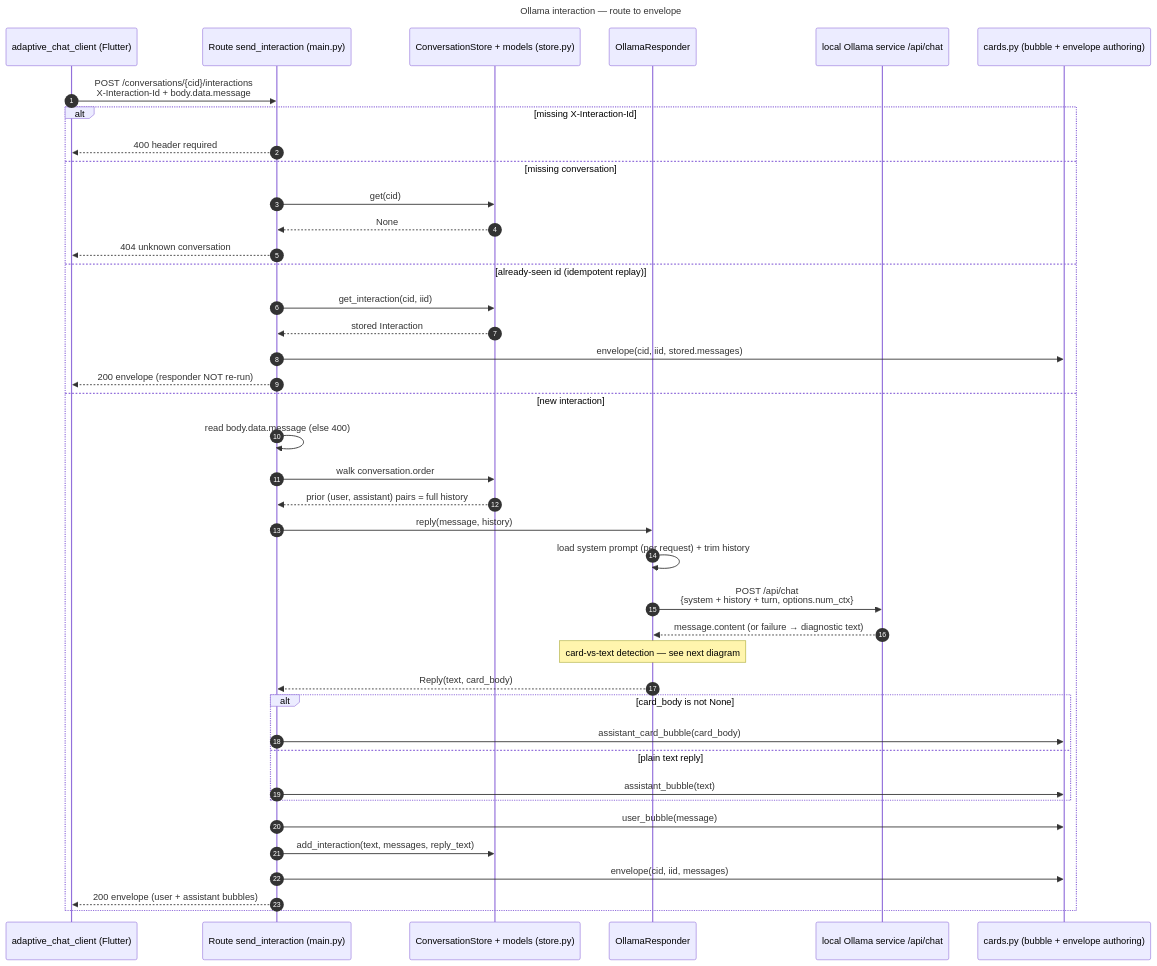
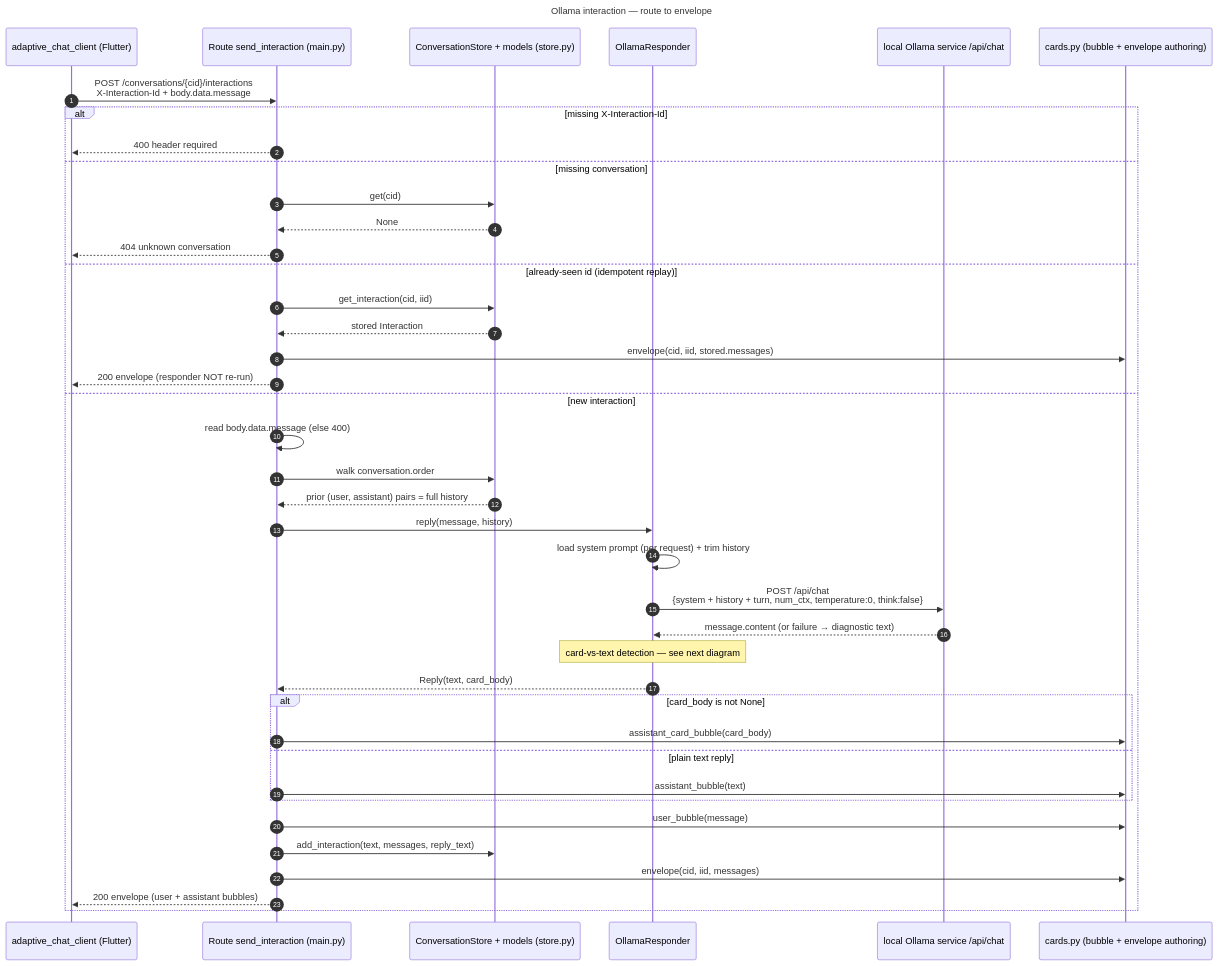
The third of 4 diagrams in adaptive_chat_server/README.md (freemansoft/Flutter-AdaptiveCards), drawn with Mermaid before and after one commit. The commit also changed other lines of this file and 5 other files, not shown here.

````diff
--- a/adaptive_chat_server/README.md
+++ b/adaptive_chat_server/README.md
@@ -233,46 +239,46 @@
 ```mermaid
 ---
 title: "Ollama interaction — route to envelope"
 ---
 sequenceDiagram
     autonumber
     participant C as adaptive_chat_client (Flutter)
     participant R as Route send_interaction (main.py)
     participant S as ConversationStore + models (store.py)
     participant O as OllamaResponder
     participant L as local Ollama service /api/chat
     participant K as cards.py (bubble + envelope authoring)
 
     C->>R: POST /conversations/{cid}/interactions<br/>X-Interaction-Id + body.data.message
     alt missing X-Interaction-Id
         R-->>C: 400 header required
     else missing conversation
         R->>S: get(cid)
         S-->>R: None
         R-->>C: 404 unknown conversation
     else already-seen id (idempotent replay)
         R->>S: get_interaction(cid, iid)
         S-->>R: stored Interaction
         R->>K: envelope(cid, iid, stored.messages)
         R-->>C: 200 envelope (responder NOT re-run)
     else new interaction
         R->>R: read body.data.message (else 400)
         R->>S: walk conversation.order
         S-->>R: prior (user, assistant) pairs = full history
         R->>O: reply(message, history)
         O->>O: load system prompt (per request) + trim history
-        O->>L: POST /api/chat<br/>{system + history + turn, options.num_ctx}
+        O->>L: POST /api/chat<br/>{system + history + turn, num_ctx, temperature:0, think:false}
         L-->>O: message.content (or failure → diagnostic text)
         Note over O: card-vs-text detection — see next diagram
         O-->>R: Reply(text, card_body)
         alt card_body is not None
             R->>K: assistant_card_bubble(card_body)
         else plain text reply
             R->>K: assistant_bubble(text)
         end
         R->>K: user_bubble(message)
         R->>S: add_interaction(text, messages, reply_text)
         R->>K: envelope(cid, iid, messages)
         R-->>C: 200 envelope (user + assistant bubbles)
     end
 ```
````
